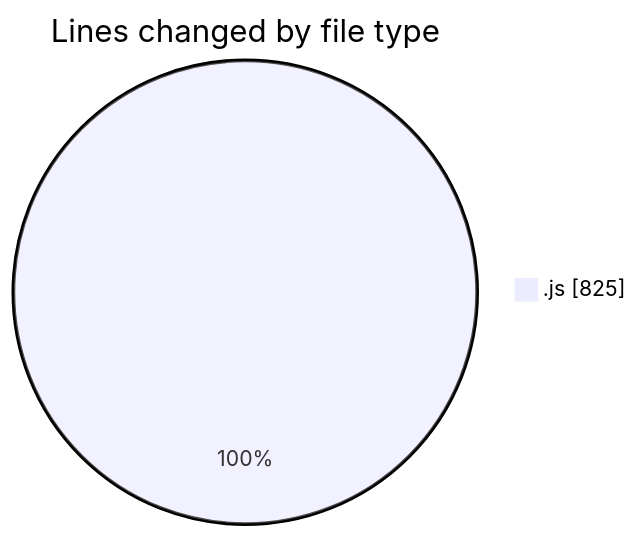
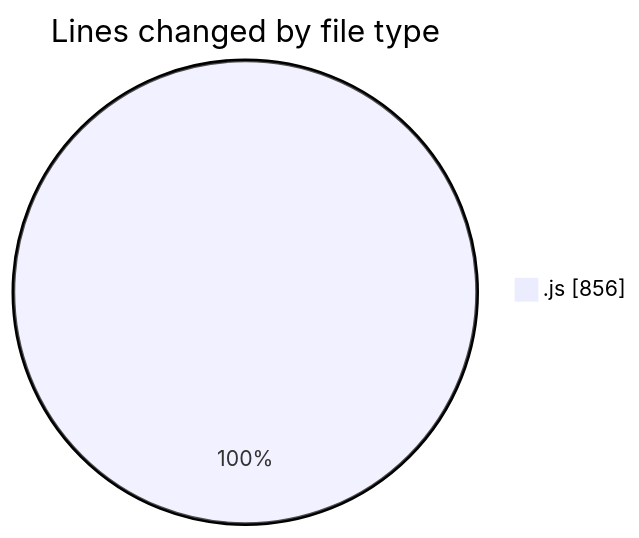
One commit to momahboobian/code-tracking changed the first of 2 diagrams in 2025-03-13/cda/README.md. Above: the diagram before and after it, drawn with Mermaid. The commit also changed other lines of this file and 1 other file, not shown here.

````diff
--- a/2025-03-13/cda/README.md
+++ b/2025-03-13/cda/README.md
@@ -22,5 +22,5 @@
 ```mermaid
 pie showData
 title Lines changed by file type
-".js" : 825
+".js" : 856
 ```
````
